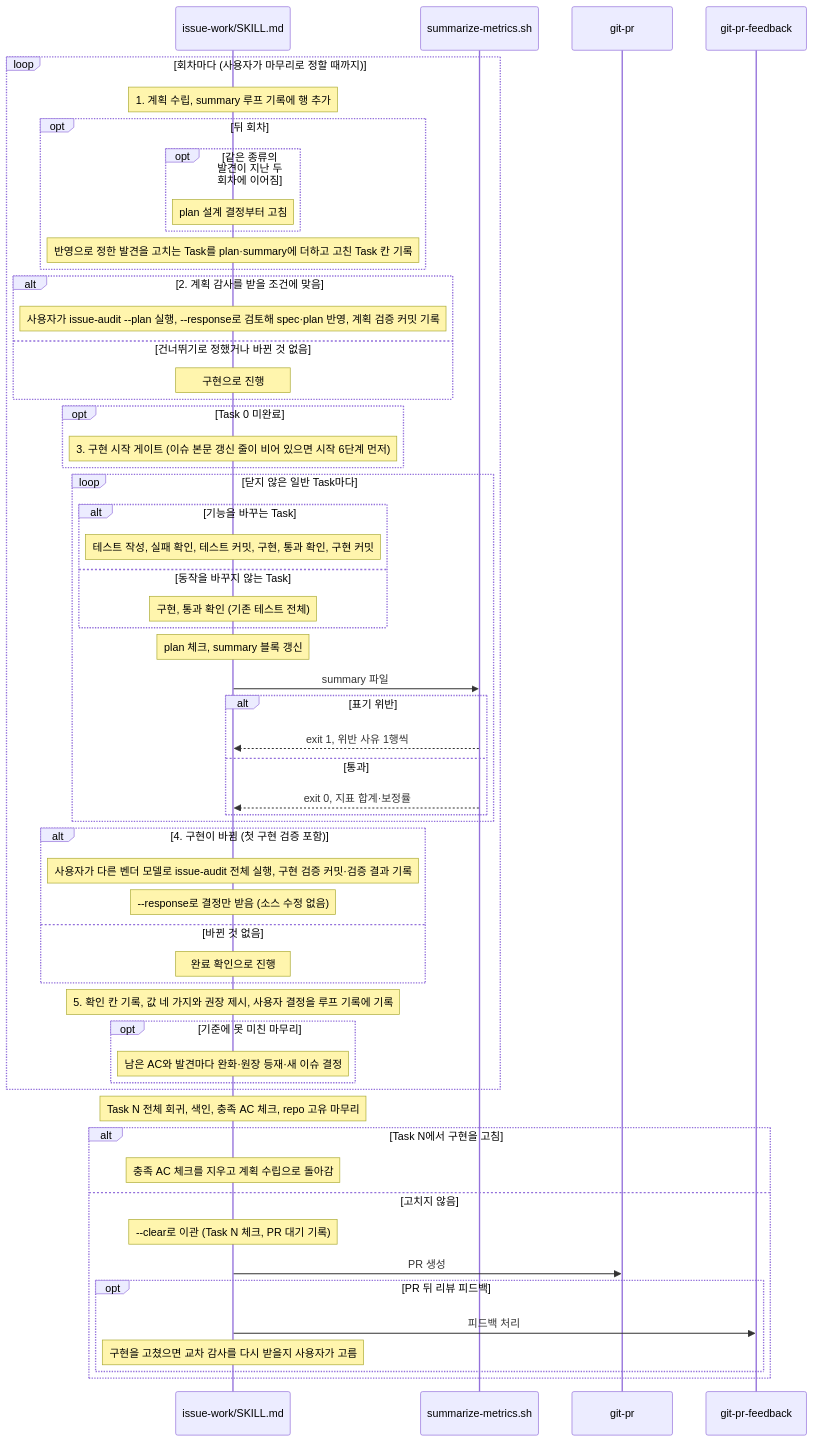
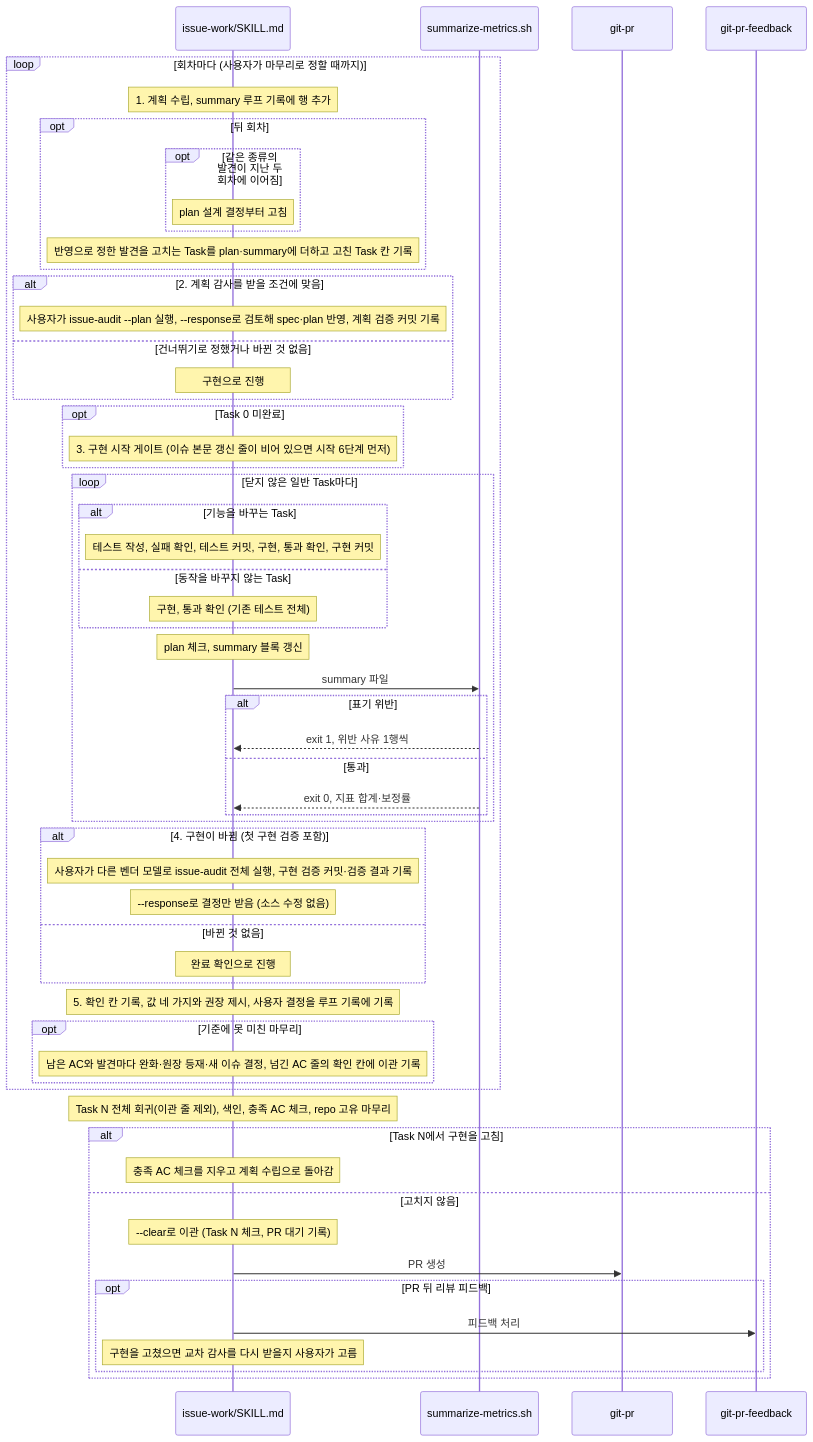
One commit to scroogy-dev/scroogy-agent-skills changed the diagram in .ai/60_codebase/issue-work/loop-call-flow.md. Above: the diagram before and after it, drawn with Mermaid. The commit also changed other lines of this file and 17 other files, not shown here.

````diff
--- a/.ai/60_codebase/issue-work/loop-call-flow.md
+++ b/.ai/60_codebase/issue-work/loop-call-flow.md
@@ -58,60 +58,60 @@
 ```mermaid
 sequenceDiagram
     participant SK as issue-work/SKILL.md
     participant SM as summarize-metrics.sh
     participant GP as git-pr
     participant GF as git-pr-feedback
 
     loop 회차마다 (사용자가 마무리로 정할 때까지)
         Note over SK: 1. 계획 수립, summary 루프 기록에 행 추가
         opt 뒤 회차
             opt 같은 종류의 발견이 지난 두 회차에 이어짐
                 Note over SK: plan 설계 결정부터 고침
             end
             Note over SK: 반영으로 정한 발견을 고치는 Task를 plan·summary에 더하고 고친 Task 칸 기록
         end
         alt 2. 계획 감사를 받을 조건에 맞음
             Note over SK: 사용자가 issue-audit --plan 실행, --response로 검토해 spec·plan 반영, 계획 검증 커밋 기록
         else 건너뛰기로 정했거나 바뀐 것 없음
             Note over SK: 구현으로 진행
         end
         opt Task 0 미완료
             Note over SK: 3. 구현 시작 게이트 (이슈 본문 갱신 줄이 비어 있으면 시작 6단계 먼저)
         end
         loop 닫지 않은 일반 Task마다
             alt 기능을 바꾸는 Task
                 Note over SK: 테스트 작성, 실패 확인, 테스트 커밋, 구현, 통과 확인, 구현 커밋
             else 동작을 바꾸지 않는 Task
                 Note over SK: 구현, 통과 확인 (기존 테스트 전체)
             end
             Note over SK: plan 체크, summary 블록 갱신
             SK->>SM: summary 파일
             alt 표기 위반
                 SM-->>SK: exit 1, 위반 사유 1행씩
             else 통과
                 SM-->>SK: exit 0, 지표 합계·보정률
             end
         end
         alt 4. 구현이 바뀜 (첫 구현 검증 포함)
             Note over SK: 사용자가 다른 벤더 모델로 issue-audit 전체 실행, 구현 검증 커밋·검증 결과 기록
             Note over SK: --response로 결정만 받음 (소스 수정 없음)
         else 바뀐 것 없음
             Note over SK: 완료 확인으로 진행
         end
         Note over SK: 5. 확인 칸 기록, 값 네 가지와 권장 제시, 사용자 결정을 루프 기록에 기록
         opt 기준에 못 미친 마무리
-            Note over SK: 남은 AC와 발견마다 완화·원장 등재·새 이슈 결정
+            Note over SK: 남은 AC와 발견마다 완화·원장 등재·새 이슈 결정, 넘긴 AC 줄의 확인 칸에 이관 기록
         end
     end
-    Note over SK: Task N 전체 회귀, 색인, 충족 AC 체크, repo 고유 마무리
+    Note over SK: Task N 전체 회귀(이관 줄 제외), 색인, 충족 AC 체크, repo 고유 마무리
     alt Task N에서 구현을 고침
         Note over SK: 충족 AC 체크를 지우고 계획 수립으로 돌아감
     else 고치지 않음
         Note over SK: --clear로 이관 (Task N 체크, PR 대기 기록)
         SK->>GP: PR 생성
         opt PR 뒤 리뷰 피드백
             SK->>GF: 피드백 처리
             Note over SK: 구현을 고쳤으면 교차 감사를 다시 받을지 사용자가 고름
         end
     end
 ```
````
